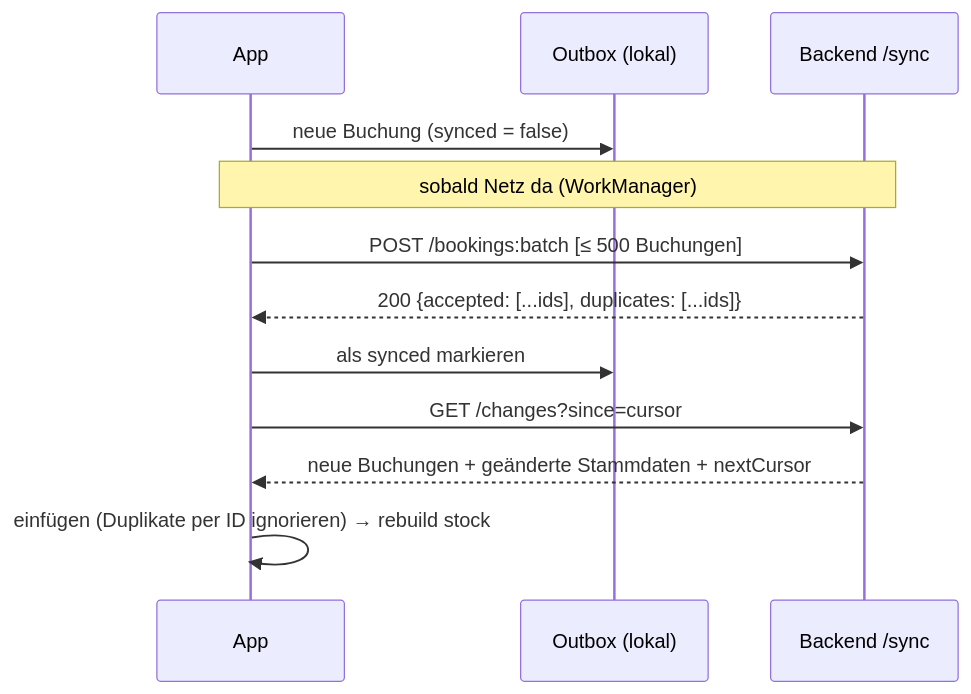
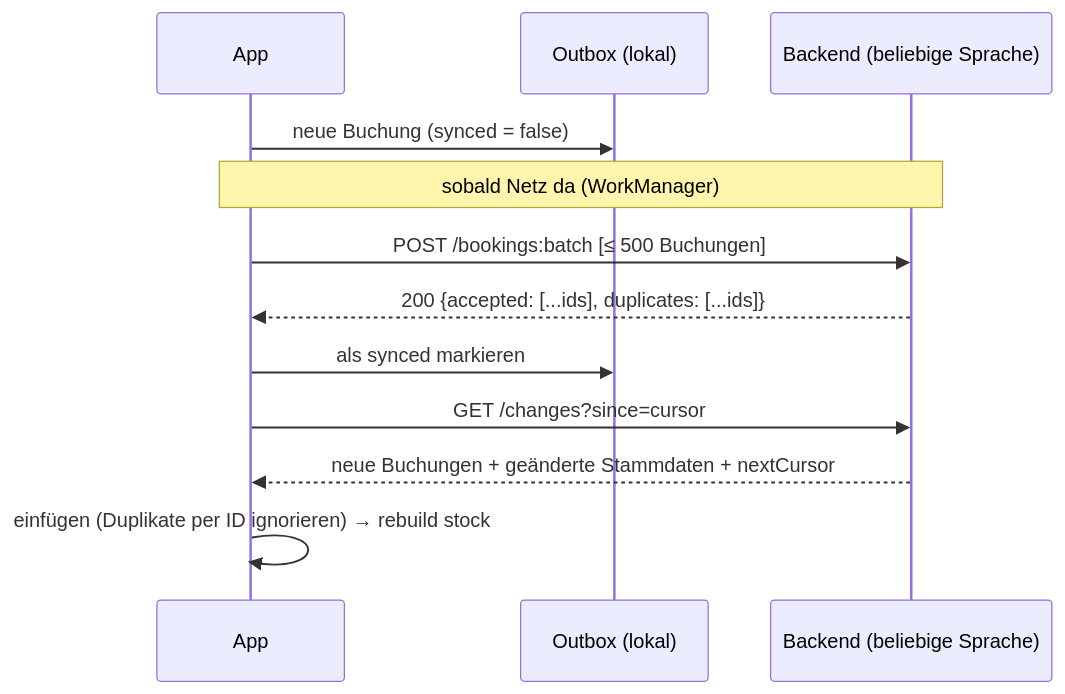
One commit to Moses20/DigitalStorageRoom changed the sixth of 7 diagrams in docs/architecture.md. Above: the diagram before and after it, drawn with Mermaid. The commit also changed other lines of this file, not shown here.

````diff
--- a/docs/architecture.md
+++ b/docs/architecture.md
@@ -230,14 +243,14 @@
 ```mermaid
 sequenceDiagram
     participant App
     participant Outbox as Outbox (lokal)
-    participant API as Backend /sync
+    participant API as Backend (beliebige Sprache)
     App->>Outbox: neue Buchung (synced = false)
     Note over App,API: sobald Netz da (WorkManager)
     App->>API: POST /bookings:batch [≤ 500 Buchungen]
     API-->>App: 200 {accepted: [...ids], duplicates: [...ids]}
     App->>Outbox: als synced markieren
     App->>API: GET /changes?since=cursor
     API-->>App: neue Buchungen + geänderte Stammdaten + nextCursor
     App->>App: einfügen (Duplikate per ID ignorieren) → rebuild stock
 ```
````
